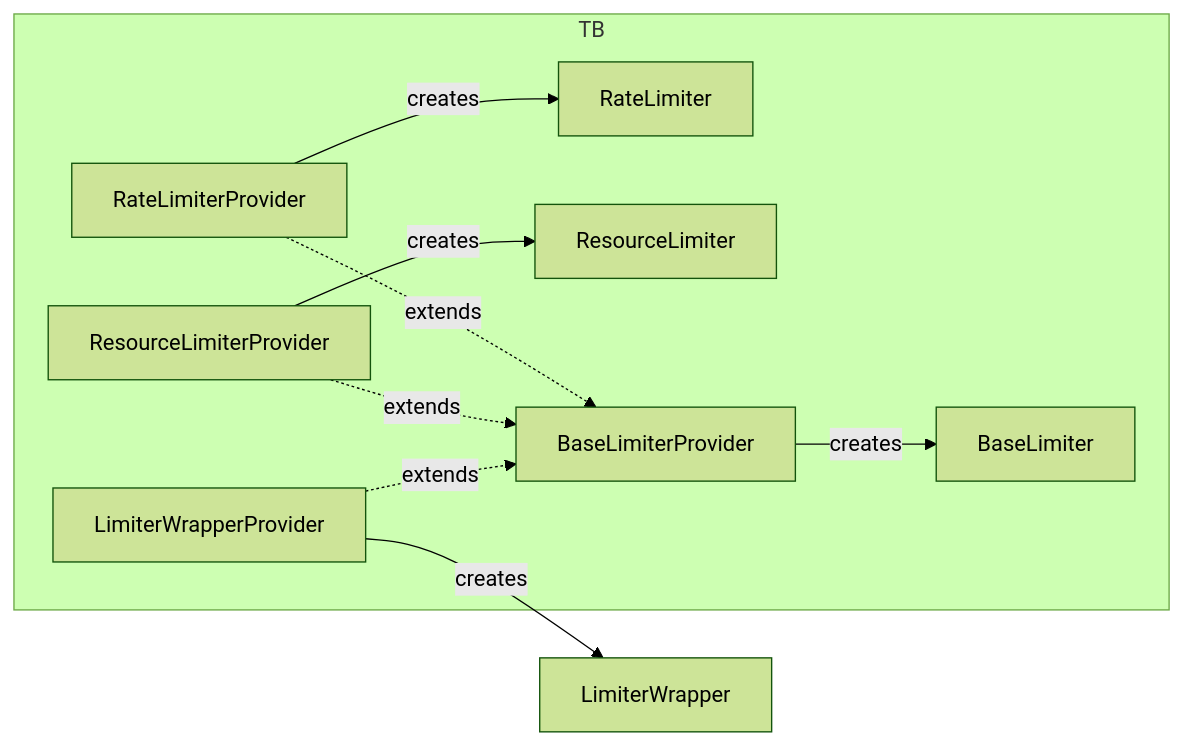
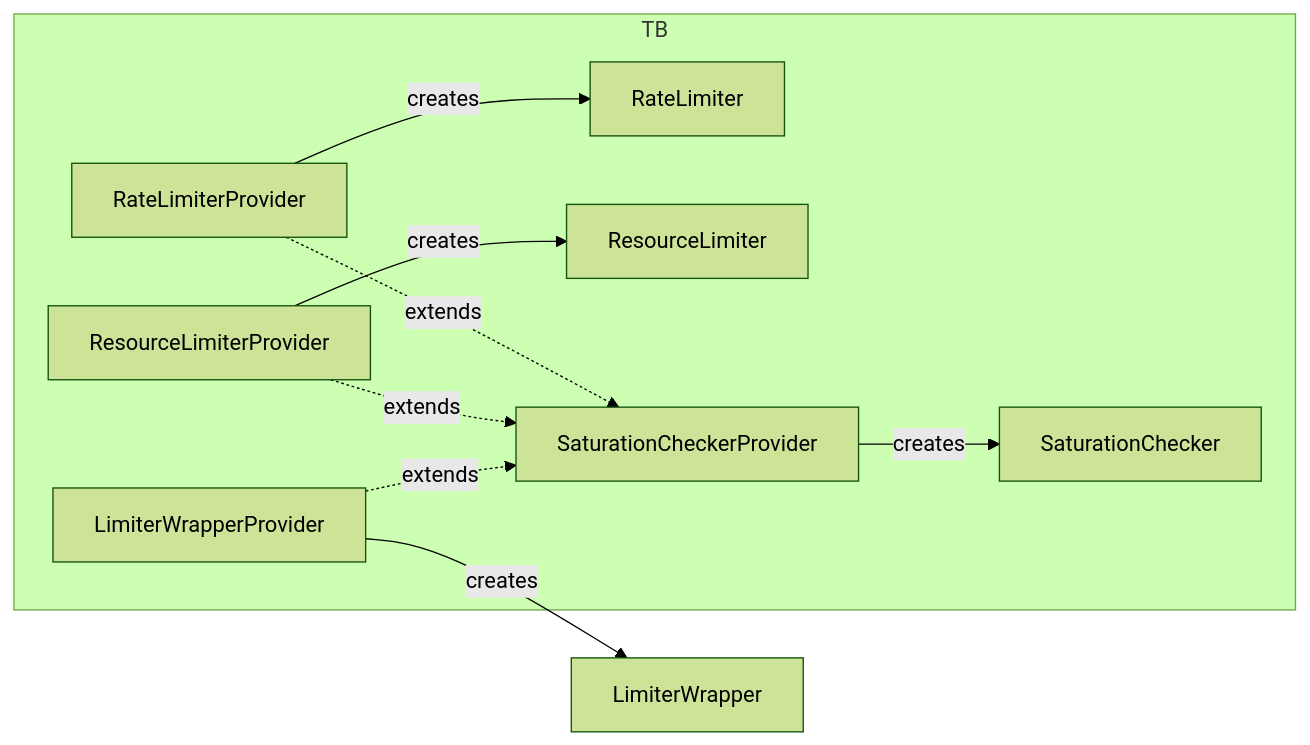
Before and after one commit to open-telemetry/opentelemetry-collector: the diagram in extension/extensionlimiter/README.md, drawn with Mermaid (forest theme). The commit also changed other lines of this file and 11 other files, not shown here.

````diff
--- a/extension/extensionlimiter/README.md
+++ b/extension/extensionlimiter/README.md
@@ -443,28 +443,28 @@
 ```mermaid
 graph LR
     subgraph TB
     %% Core Limiter Interfaces
-    BaseLimiter["BaseLimiter"]
+    SaturationChecker["SaturationChecker"]
     RateLimiter["RateLimiter"]
     ResourceLimiter["ResourceLimiter"]
     end
 
     subgraph TB
     %% Provider Interfaces
-    BaseLimiterProvider["BaseLimiterProvider"]
+    SaturationCheckerProvider["SaturationCheckerProvider"]
     RateLimiterProvider["RateLimiterProvider"]
     ResourceLimiterProvider["ResourceLimiterProvider"]
     LimiterWrapperProvider["LimiterWrapperProvider"]
     end
 
     %% Provider Inheritance Relationships
-    RateLimiterProvider -.->|extends| BaseLimiterProvider
-    ResourceLimiterProvider -.->|extends| BaseLimiterProvider
-    LimiterWrapperProvider -.->|extends| BaseLimiterProvider
+    RateLimiterProvider -.->|extends| SaturationCheckerProvider
+    ResourceLimiterProvider -.->|extends| SaturationCheckerProvider
+    LimiterWrapperProvider -.->|extends| SaturationCheckerProvider
 
     %% Core Limiter to Provider Relationships
-    BaseLimiterProvider -->|creates| BaseLimiter
+    SaturationCheckerProvider -->|creates| SaturationChecker
     RateLimiterProvider -->|creates| RateLimiter
     ResourceLimiterProvider -->|creates| ResourceLimiter
     LimiterWrapperProvider -->|creates| LimiterWrapper
 ```
````
